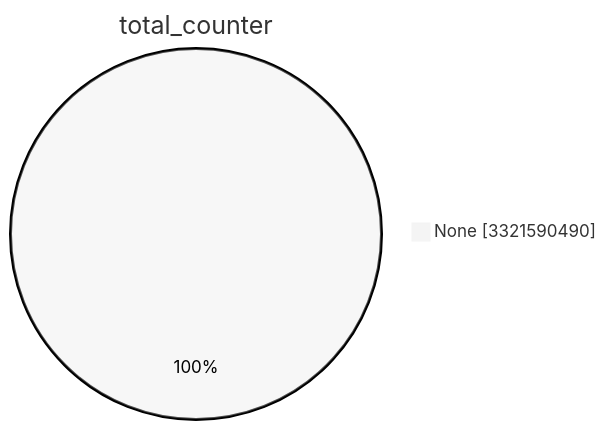
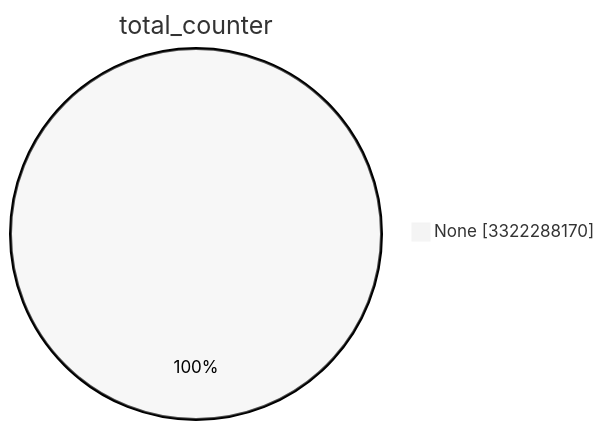
The first of 15 diagrams in TOTAL/README.md (christiankrug/ctmonitor_visualization), drawn with Mermaid (neutral theme) before and after one commit. The commit also changed other lines of this file, not shown here.

````diff
--- a/TOTAL/README.md
+++ b/TOTAL/README.md
@@ -1,5 +1,5 @@
 ```mermaid
 pie showData
 title total_counter
-"None" :3321590490
+"None" :3322288170
 ```
````
